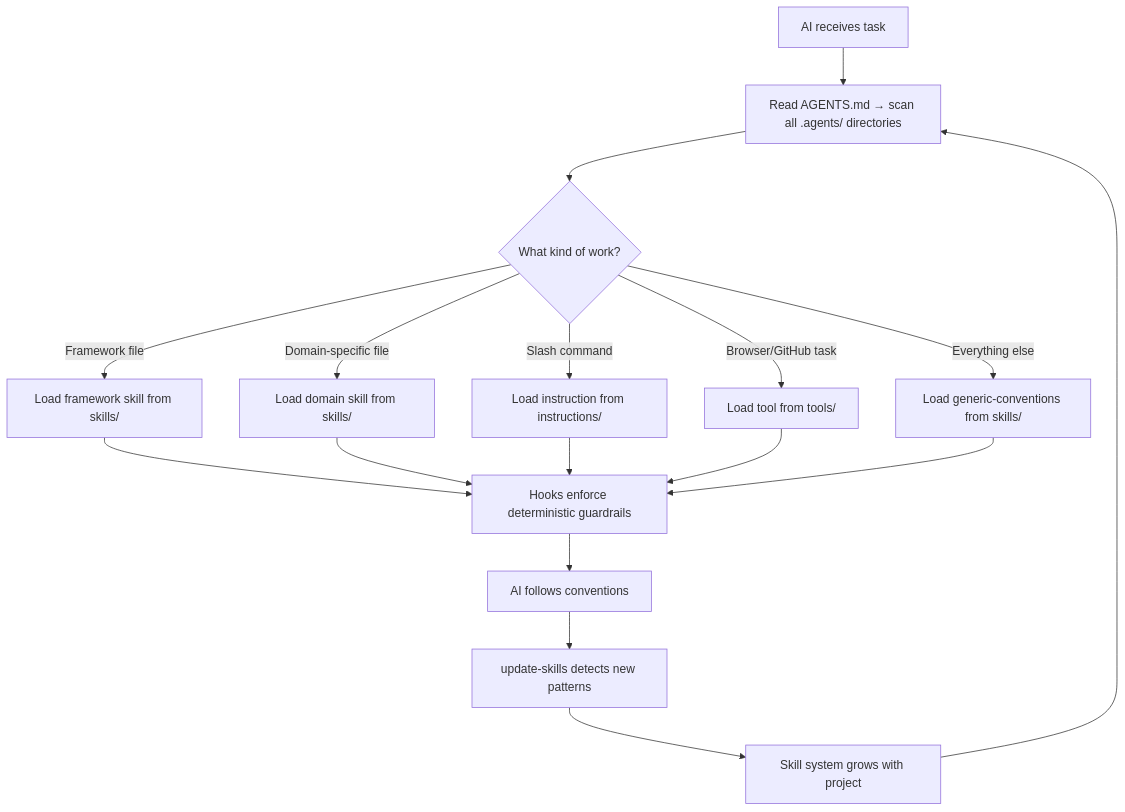
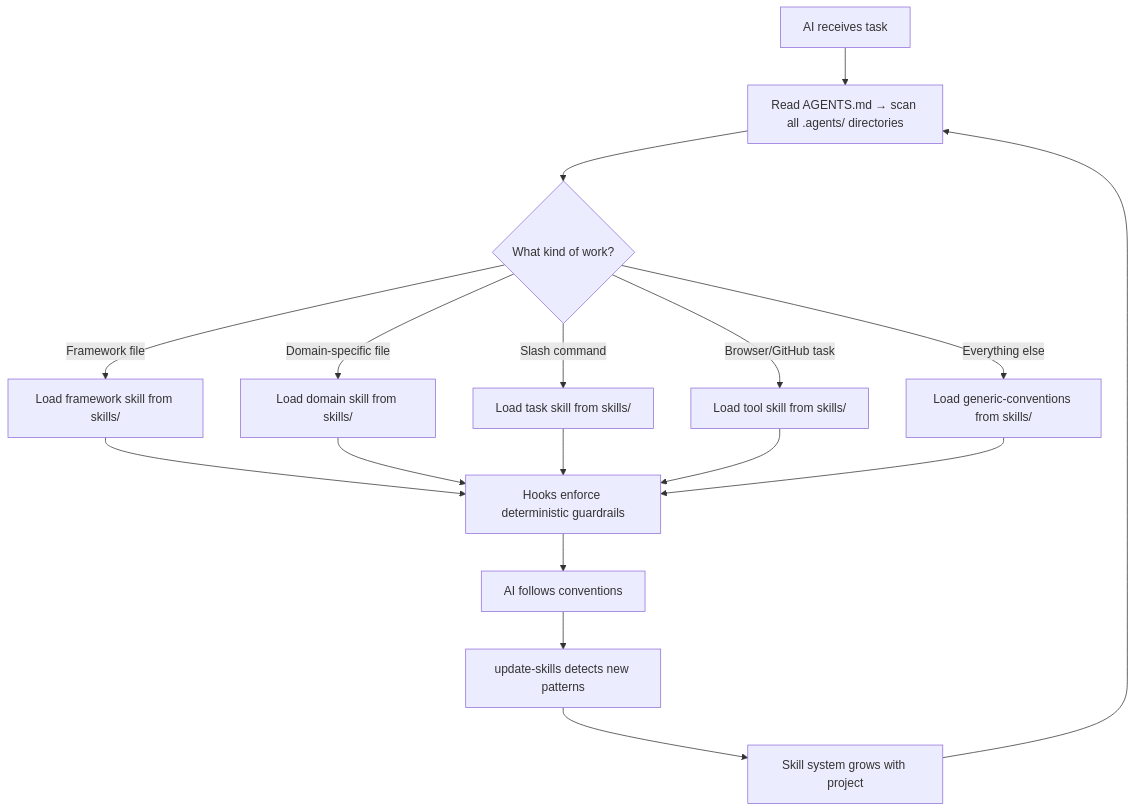
Before and after one commit to jtmb/ingenium: the second of 2 diagrams in README.md, drawn with Mermaid. The commit also changed other lines of this file and 7 other files, not shown here.

````diff
--- a/README.md
+++ b/README.md
@@ -241,19 +232,19 @@
 ```mermaid
 graph TD
     A[AI receives task] --> B[Read AGENTS.md → scan all .agents/ directories]
     B --> C{What kind of work?}
     C -->|Framework file| D[Load framework skill from skills/]
     C -->|Domain-specific file| E[Load domain skill from skills/]
-    C -->|Slash command| F[Load instruction from instructions/]
-    C -->|Browser/GitHub task| G[Load tool from tools/]
+    C -->|Slash command| F[Load task skill from skills/]
+    C -->|Browser/GitHub task| G[Load tool skill from skills/]
     C -->|Everything else| H[Load generic-conventions from skills/]
     D --> I[Hooks enforce deterministic guardrails]
     E --> I
     F --> I
     G --> I
     H --> I
     I --> J[AI follows conventions]
     J --> K[update-skills detects new patterns]
     K --> L[Skill system grows with project]
     L --> B
 ```
````
